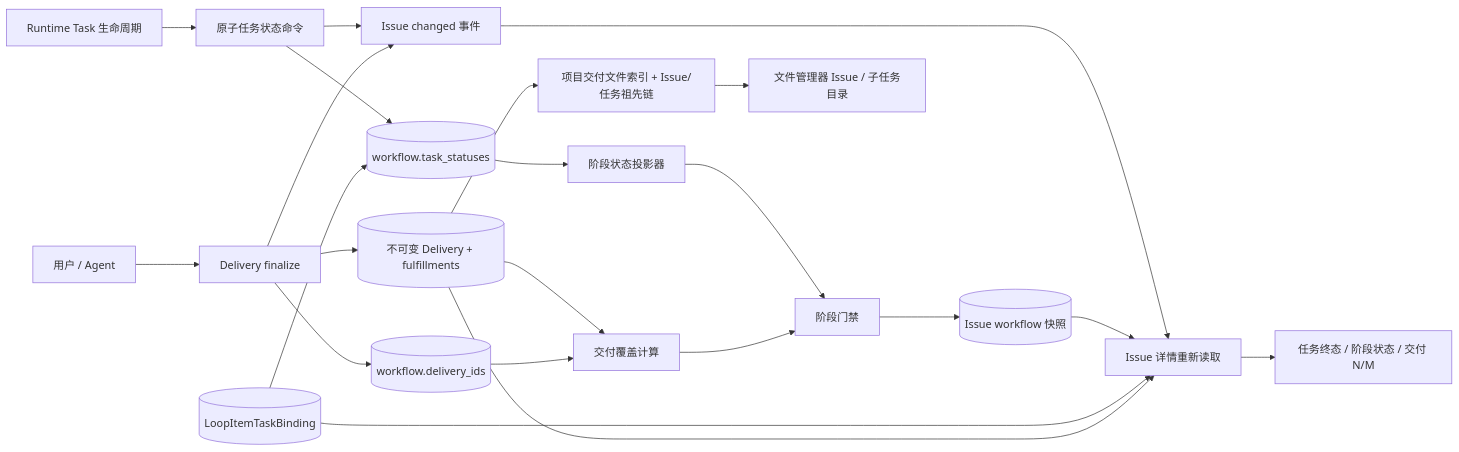
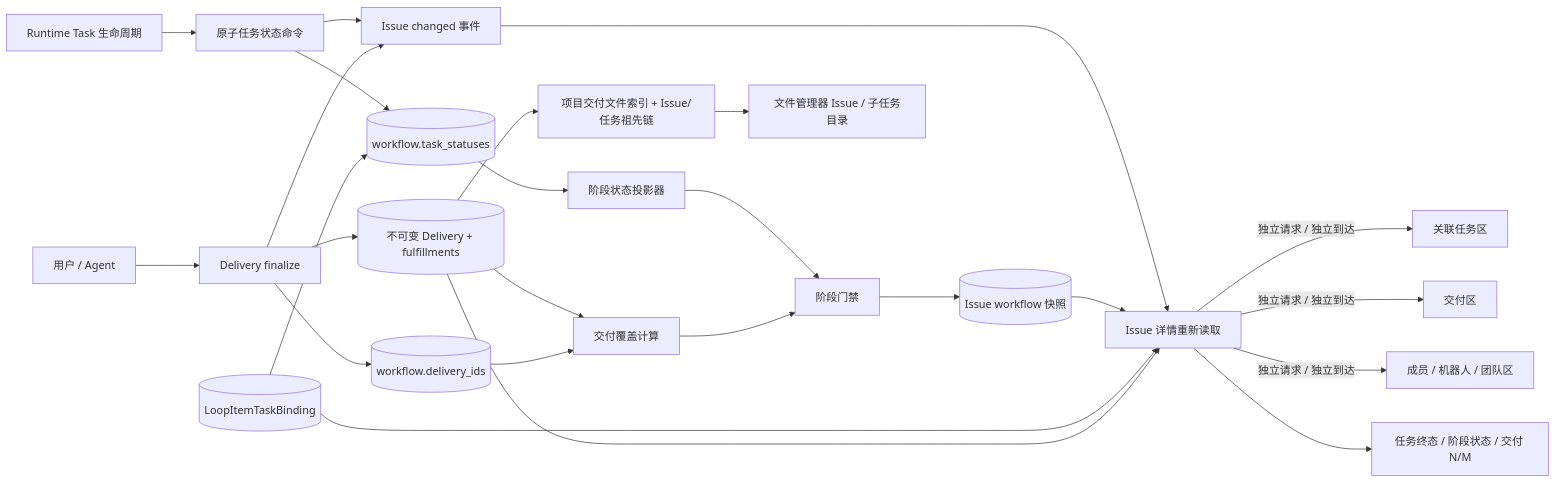
One commit to wecode-ai/wegent-docs changed the first of 2 diagrams in i18n/zh/docusaurus-plugin-content-docs/current/architecture/issue-runtime-delivery-projection.md. Above: the diagram before and after it, drawn with Mermaid. The commit also changed other lines of this file and 1 other file, not shown here.

````diff
--- a/i18n/zh/docusaurus-plugin-content-docs/current/architecture/issue-runtime-delivery-projection.md
+++ b/i18n/zh/docusaurus-plugin-content-docs/current/architecture/issue-runtime-delivery-projection.md
@@ -9,28 +9,31 @@
 ```mermaid
 flowchart LR
     RUNTIME[Runtime Task 生命周期] --> STATUS_API[原子任务状态命令]
     STATUS_API --> TASK_TRUTH[(workflow.task_statuses)]
     BINDING[(LoopItemTaskBinding)] --> TASK_TRUTH
     TASK_TRUTH --> PROJECTOR[阶段状态投影器]
 
     AGENT[用户 / Agent] --> DELIVERY_API[Delivery finalize]
     DELIVERY_API --> DELIVERY[(不可变 Delivery + fulfillments)]
     DELIVERY_API --> NODE_DELIVERIES[(workflow.delivery_ids)]
     DELIVERY --> COVERAGE[交付覆盖计算]
     NODE_DELIVERIES --> COVERAGE
 
     PROJECTOR --> GATE[阶段门禁]
     COVERAGE --> GATE
     GATE --> ISSUE[(Issue workflow 快照)]
 
     STATUS_API --> EVENT[Issue changed 事件]
     DELIVERY_API --> EVENT
     EVENT --> DETAIL[Issue 详情重新读取]
     ISSUE --> DETAIL
     BINDING --> DETAIL
     DELIVERY --> DETAIL
+    DETAIL -->|独立请求 / 独立到达| BINDING_VIEW[关联任务区]
+    DETAIL -->|独立请求 / 独立到达| DELIVERY_VIEW[交付区]
+    DETAIL -->|独立请求 / 独立到达| DIRECTORY_VIEW[成员 / 机器人 / 团队区]
     DETAIL --> VIEW[任务终态 / 阶段状态 / 交付 N/M]
 
     DELIVERY --> FILE_INDEX[项目交付文件索引 + Issue/任务祖先链]
     FILE_INDEX --> FILE_VIEW[文件管理器 Issue / 子任务目录]
 ```
````
